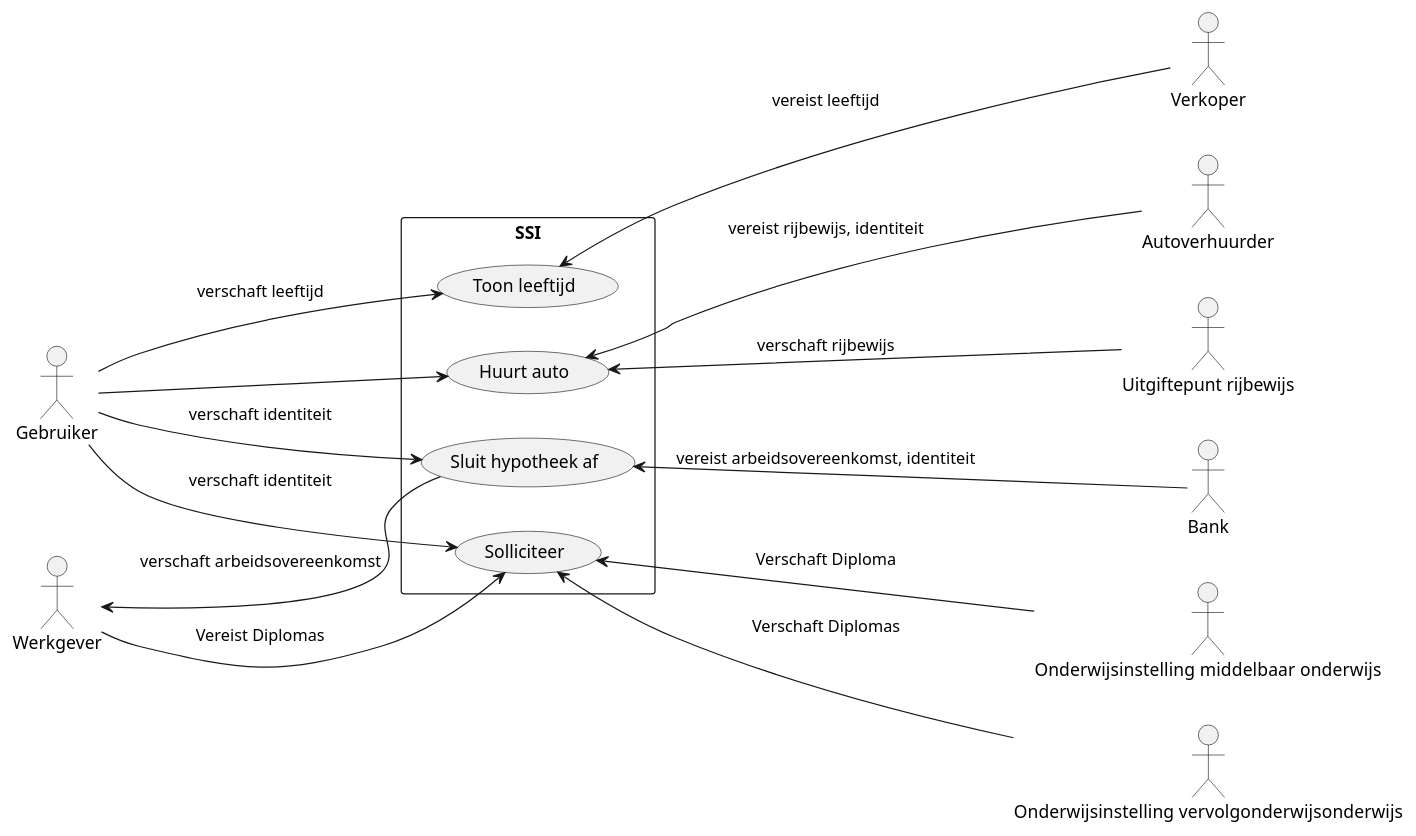
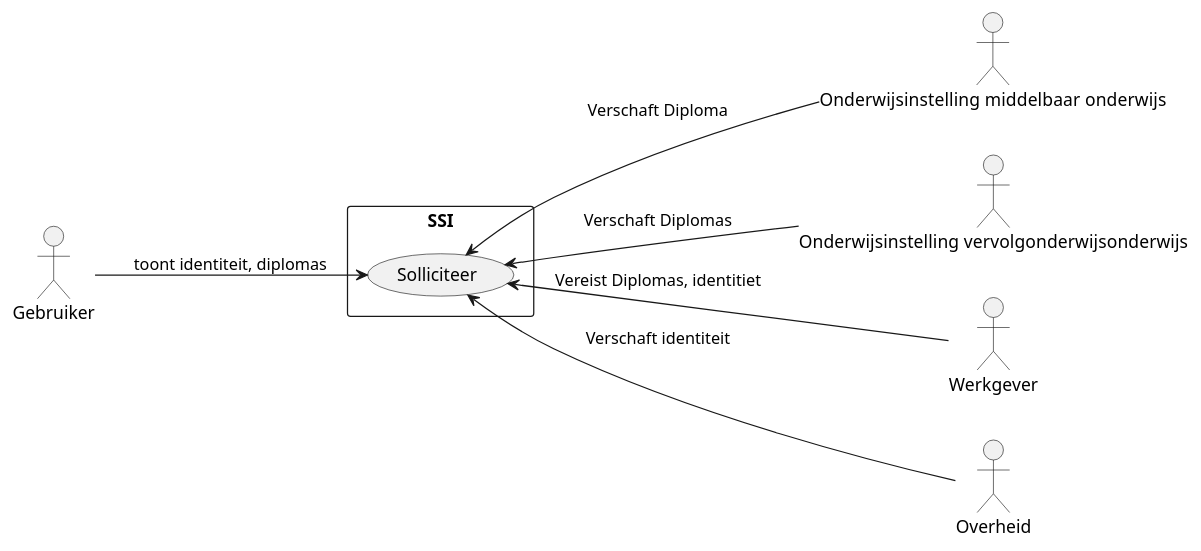
One commit to SelSolvID/docs changed the third of 5 diagrams in Use Cases.md. Above: the diagram before and after it, drawn with PlantUML. The commit also changed other lines of this file, not shown here.

Commit message:
Update Use Cases.md
Split apart use cases

````diff
--- a/Use Cases.md
+++ b/Use Cases.md
@@ -106,38 +146,21 @@
 ```plantuml
 @startuml
+
 actor "Gebruiker" as user
 actor "Onderwijsinstelling  middelbaar onderwijs" as omo
 actor "Onderwijsinstelling  vervolgonderwijsonderwijs" as ovo
-actor "Uitgiftepunt rijbewijs" as ur
 actor "Werkgever" as wg
-actor "Autoverhuurder" as vh
-actor "Verkoper" as vk
-actor "Bank" as b
-
-
+actor "Overheid" as o
 rectangle SSI {
   left to right direction
-  usecase "Toon leeftijd" as UC1
-  usecase "Sluit hypotheek af" as UC2
-  usecase "Solliciteer" as UC3
-  usecase "Huurt auto" as UC4
-}
+    usecase "Solliciteer" as UC3
+  }
 
-
-user --> UC1 : verschaft leeftijd
-UC1 <-- vk : vereist leeftijd
-
-user --> UC2 : verschaft identiteit
-UC2 <-- b : vereist arbeidsovereenkomst, identiteit
-wg <-- UC2 : verschaft arbeidsovereenkomst
-
-user --> UC3 : verschaft identiteit
-UC3 <-- wg : Vereist Diplomas
+user --> UC3 : toont identiteit, diplomas
+UC3 <-- wg : Vereist Diplomas, identitiet
 UC3 <-- omo: Verschaft Diploma
 UC3 <-- ovo: Verschaft Diplomas
+UC3 <-- o : Verschaft identiteit
 
-user --> UC4
-UC4 <-- vh : vereist rijbewijs, identiteit
-UC4 <-- ur : verschaft rijbewijs
 @enduml
 ```
````
